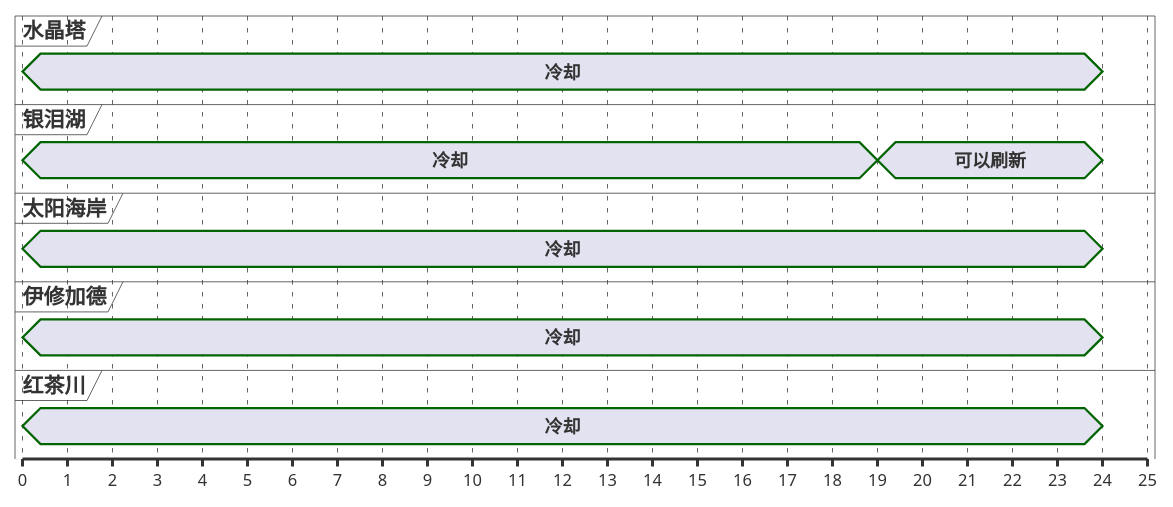
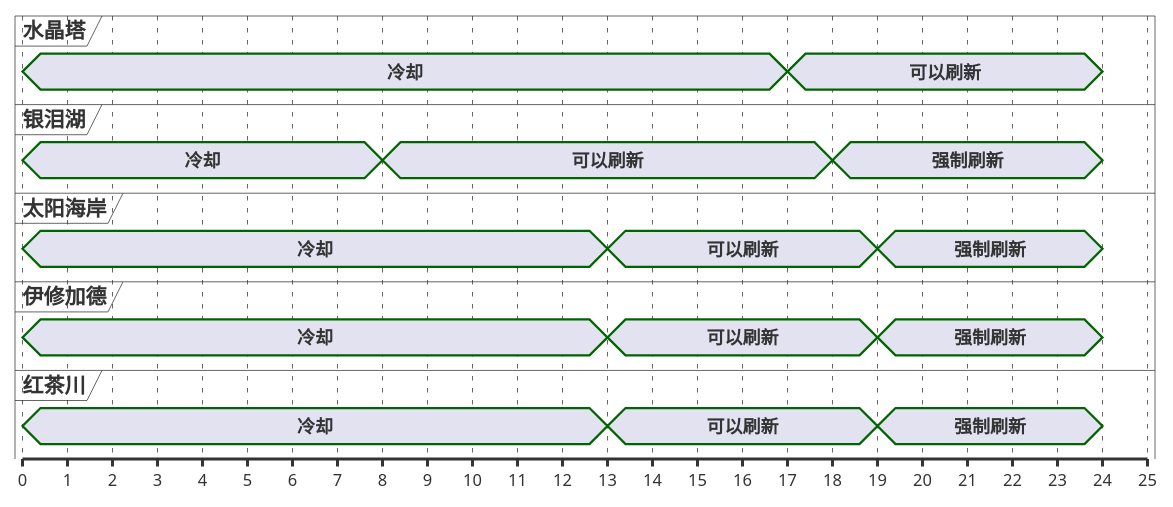
The fourth of 13 diagrams in ffxiv/hunt/2.0/Croque-mitaine.md (Eroleice/doc-pi), drawn with PlantUML before and after one commit. The commit also changed other lines of this file and 38 other files, not shown here.

````diff
--- a/ffxiv/hunt/2.0/Croque-mitaine.md
+++ b/ffxiv/hunt/2.0/Croque-mitaine.md
@@ -182,33 +212,41 @@
 ```plantuml
 @startuml
 scale 1 as 30 pixels
 
 concise 水晶塔
 concise 银泪湖
 concise 太阳海岸
 concise 伊修加德
 concise 红茶川
 
 @银泪湖
 0 is 冷却
-19 is 可以刷新
+8 is 可以刷新
+18 is 强制刷新
 24 is {hidden}
 
 @伊修加德
 0 is 冷却
+13 is 可以刷新
+19 is 强制刷新
 24 is {hidden}
 
 @红茶川
 0 is 冷却
+13 is 可以刷新
+19 is 强制刷新
 24 is {hidden}
 
 @太阳海岸
 0 is 冷却
+13 is 可以刷新
+19 is 强制刷新
 24 is {hidden}
 
 @水晶塔
 0 is 冷却
+17 is 可以刷新
 24 is {hidden}
 
 @enduml
 ```
````
